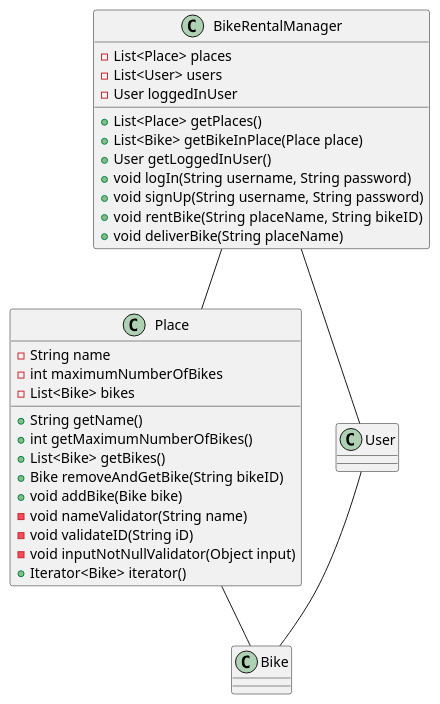
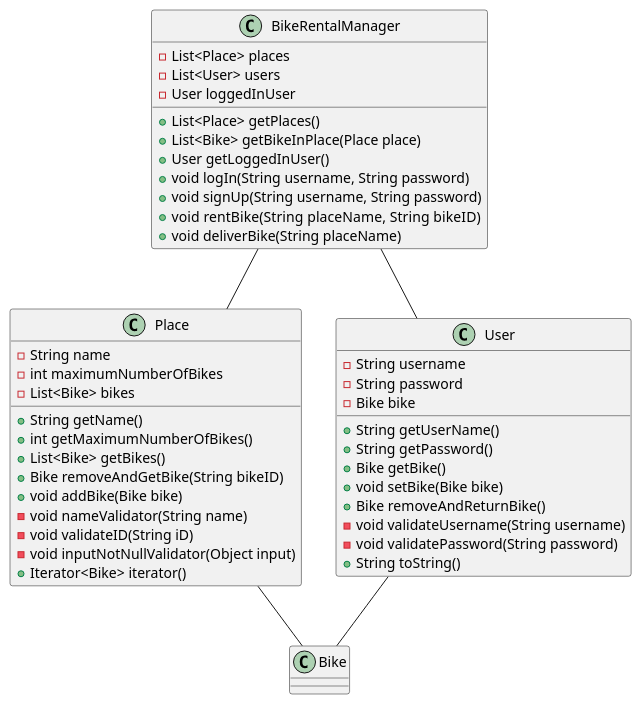
The diagram in docs/release1/release1Dokumentasjon.md (jonhallem/gr2247), drawn with PlantUML before and after one commit.

Commit message:
Oppdatere User-klassen i klassediagrammet
Oppdatere User-klassen med felt og metoder i klassediagrammet

#12

````diff
--- a/docs/release1/release1Dokumentasjon.md
+++ b/docs/release1/release1Dokumentasjon.md
@@ -2,36 +2,50 @@
 ```plantuml
 @startuml
 BikeRentalManager -- Place
 BikeRentalManager -- User
 Place -- Bike
 User -- Bike
 
 Class BikeRentalManager {
     -List<Place> places
     -List<User> users
     -User loggedInUser
     +List<Place> getPlaces()
     +List<Bike> getBikeInPlace(Place place)
     +User getLoggedInUser()
     +void logIn(String username, String password)
     +void signUp(String username, String password)
     +void rentBike(String placeName, String  bikeID)
     +void deliverBike(String placeName)
 }
 
 Class Place {
     -String name
     -int maximumNumberOfBikes
     -List<Bike> bikes
     +String getName()
     +int getMaximumNumberOfBikes()
     +List<Bike> getBikes()
     +Bike removeAndGetBike(String bikeID)
     +void addBike(Bike bike)
     -void nameValidator(String name)
     -void validateID(String iD)
     -void inputNotNullValidator(Object input)
     +Iterator<Bike> iterator()
 }
+
+Class User {
+    -String username
+    -String password
+    -Bike bike
+    +String getUserName()
+    +String getPassword()
+    +Bike getBike()
+    +void setBike(Bike bike)
+    +Bike removeAndReturnBike()
+    -void validateUsername(String username)
+    -void validatePassword(String password)
+    +String toString()
+}
 @enduml
 ```
````
